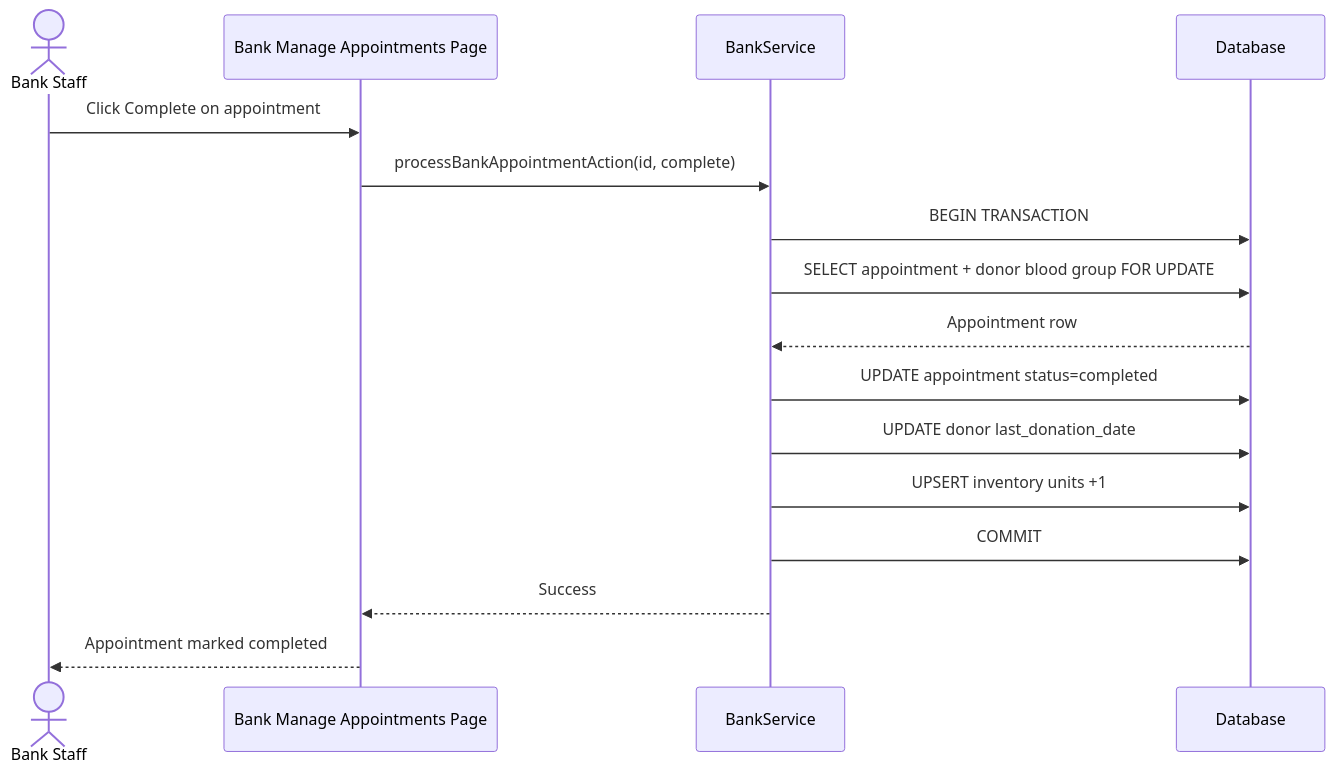
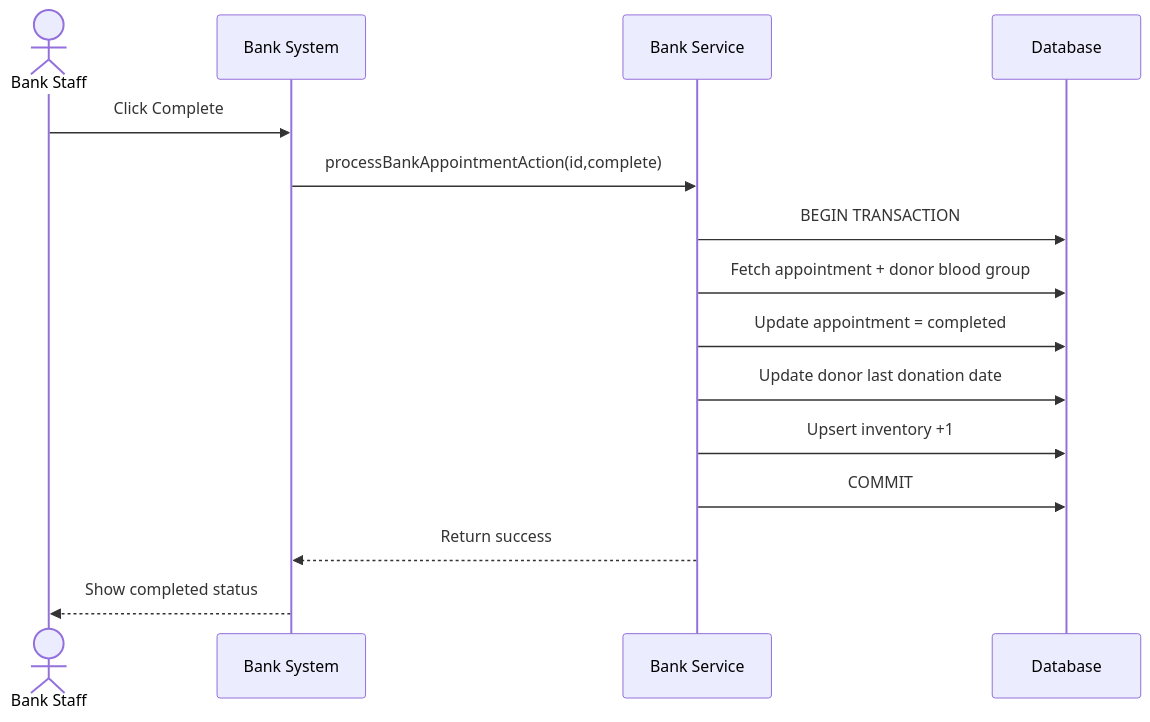
The fourth of 10 diagrams in SOFTWARE DESIGN AND MODELING.md (evii123/SE_blood_donation_system_Phase1_Team2), drawn with Mermaid before and after one commit. The commit also changed other lines of this file and 5 other files, not shown here.

````diff
--- a/SOFTWARE DESIGN AND MODELING.md
+++ b/SOFTWARE DESIGN AND MODELING.md
@@ -268,19 +267,18 @@
 ```mermaid
 sequenceDiagram
     actor BankStaff as Bank Staff
-    participant UI as Bank Manage Appointments Page
-    participant BS as BankService
+    participant BSys as Bank System
+    participant BS as Bank Service
     participant DB as Database
 
-    BankStaff->>UI: Click Complete on appointment
-    UI->>BS: processBankAppointmentAction(id, complete)
+    BankStaff->>BSys: Click Complete
+    BSys->>BS: processBankAppointmentAction(id,complete)
     BS->>DB: BEGIN TRANSACTION
-    BS->>DB: SELECT appointment + donor blood group FOR UPDATE
-    DB-->>BS: Appointment row
-    BS->>DB: UPDATE appointment status=completed
-    BS->>DB: UPDATE donor last_donation_date
-    BS->>DB: UPSERT inventory units +1
+    BS->>DB: Fetch appointment + donor blood group
+    BS->>DB: Update appointment = completed
+    BS->>DB: Update donor last donation date
+    BS->>DB: Upsert inventory +1
     BS->>DB: COMMIT
-    BS-->>UI: Success
-    UI-->>BankStaff: Appointment marked completed
+    BS-->>BSys: Return success
+    BSys-->>BankStaff: Show completed status
 ```
````
